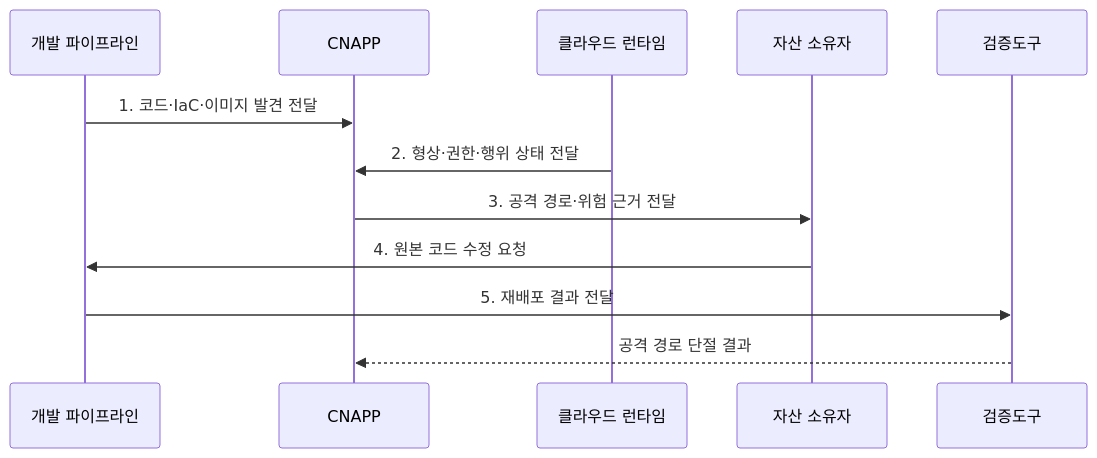
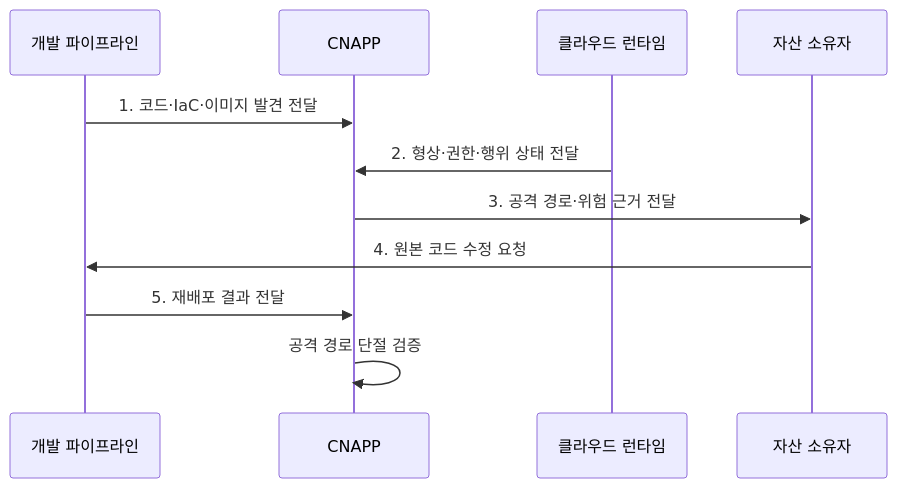
The second of 2 diagrams in src/content/docs/notes/05-security/073_cnapp.md (agnusdei1207/knowledge-base), drawn with Mermaid before and after one commit. The commit also changed 5 other files, not shown here.

Commit message:
Trim cloud and AI sequence actors

````diff
--- a/src/content/docs/notes/05-security/073_cnapp.md
+++ b/src/content/docs/notes/05-security/073_cnapp.md
@@ -97,14 +97,13 @@
 ```mermaid
 sequenceDiagram
     participant D as 개발 파이프라인
     participant C as CNAPP
     participant R as 클라우드 런타임
     participant O as 자산 소유자
-    participant 검증도구
     D->>C: 1. 코드·IaC·이미지 발견 전달
     R->>C: 2. 형상·권한·행위 상태 전달
     C->>O: 3. 공격 경로·위험 근거 전달
     O->>D: 4. 원본 코드 수정 요청
-    D->>검증도구: 5. 재배포 결과 전달
-    검증도구-->>C: 공격 경로 단절 결과
+    D->>C: 5. 재배포 결과 전달
+    C->>C: 공격 경로 단절 검증
 ```
````
